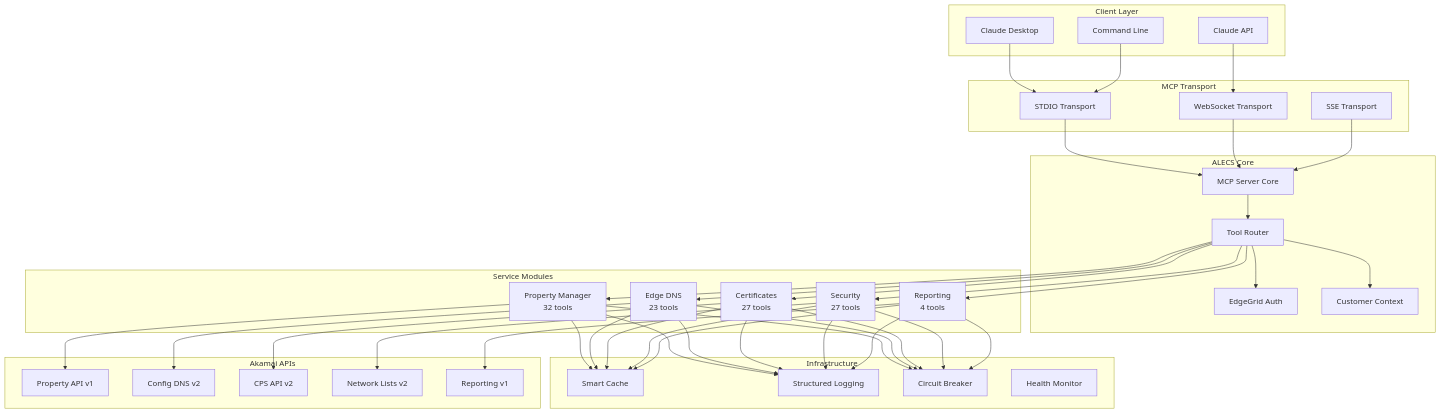
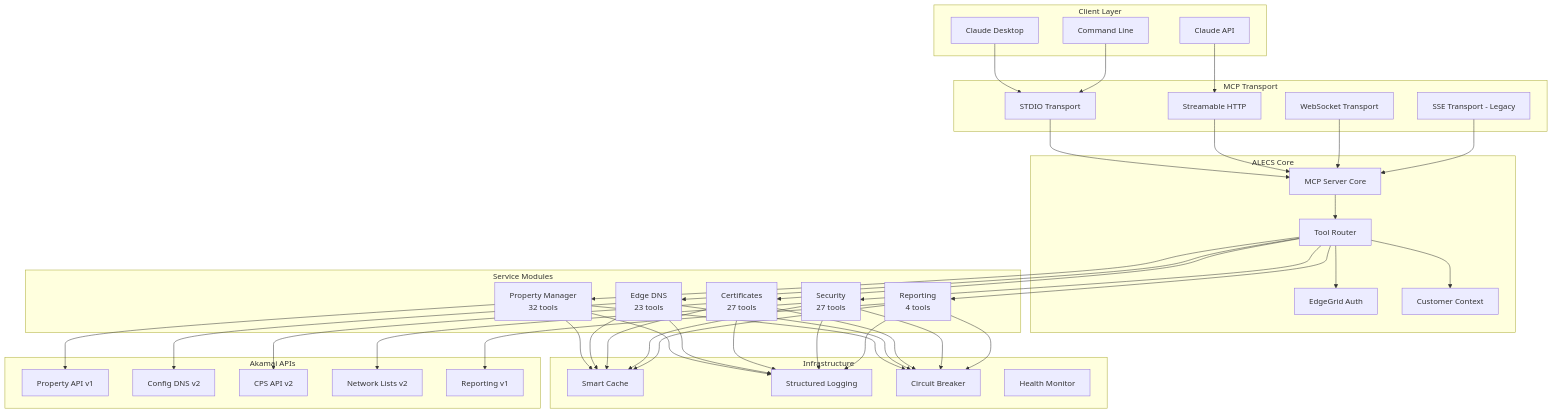
The diagram in docs/architecture/README.md (acedergren/alecs-mcp-server-akamai), drawn with Mermaid before and after one commit. The commit also changed other lines of this file and 31 other files, not shown here.

````diff
--- a/docs/architecture/README.md
+++ b/docs/architecture/README.md
@@ -12,62 +12,63 @@
 ```mermaid
 graph TB
     subgraph "Client Layer"
         CD[Claude Desktop]
         API[Claude API]
         CLI[Command Line]
     end
     
     subgraph "MCP Transport"
         STDIO[STDIO Transport]
+        HTTP[Streamable HTTP]
         WS[WebSocket Transport]
-        SSE[SSE Transport]
+        SSE[SSE Transport - Legacy]
     end
     
     subgraph "ALECS Core"
         Server[MCP Server Core]
         Router[Tool Router]
         Auth[EdgeGrid Auth]
         Context[Customer Context]
     end
     
     subgraph "Service Modules"
         Property[Property Manager\n32 tools]
         DNS[Edge DNS\n23 tools]
         Certs[Certificates\n27 tools]
         Security[Security\n27 tools]
         Report[Reporting\n4 tools]
     end
     
     subgraph "Infrastructure"
         Cache[Smart Cache]
         Logger[Structured Logging]
         Circuit[Circuit Breaker]
         Monitor[Health Monitor]
     end
     
     subgraph "Akamai APIs"
         PAPI[Property API v1]
         ConfigDNS[Config DNS v2]
         CPS[CPS API v2]
         NetList[Network Lists v2]
         Reporting[Reporting v1]
     end
     
     CD --> STDIO
-    API --> WS
+    API --> HTTP
     CLI --> STDIO
     
-    STDIO & WS & SSE --> Server
+    STDIO & HTTP & WS & SSE --> Server
     Server --> Router
     Router --> Auth & Context
     
     Router --> Property & DNS & Certs & Security & Report
     
     Property & DNS & Certs & Security & Report --> Cache & Logger & Circuit
     
     Property --> PAPI
     DNS --> ConfigDNS
     Certs --> CPS
     Security --> NetList
     Report --> Reporting
 ```
````
